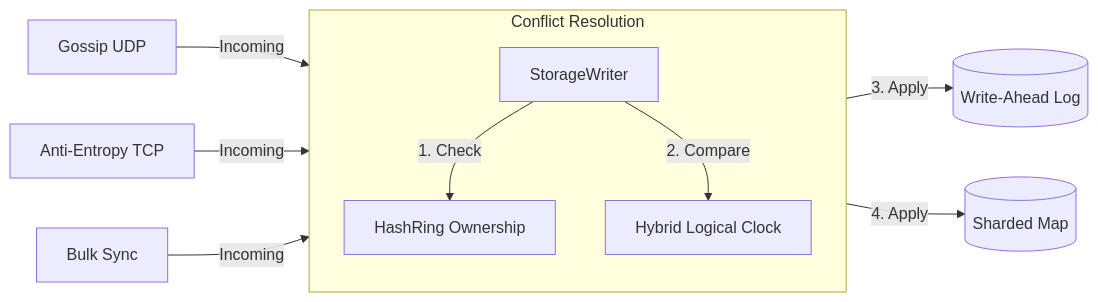
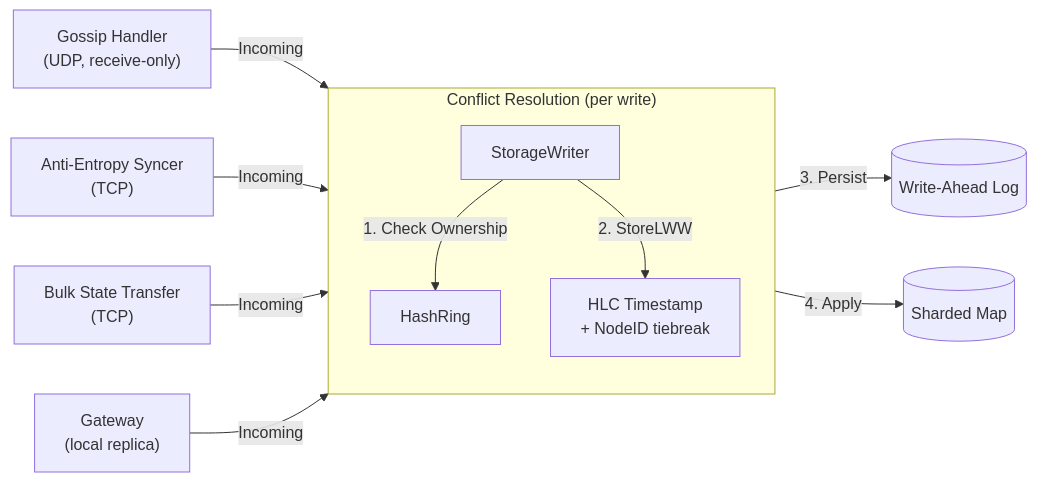
One commit to RoseWrightdev/dkv changed the third of 3 diagrams in README.md. Above: the diagram before and after it, drawn with Mermaid. The commit also changed other lines of this file, not shown here.

````diff
--- a/README.md
+++ b/README.md
@@ -94,15 +106,16 @@
 ```mermaid
 flowchart LR
-    Gossip[Gossip UDP] -->|Incoming| Writer[StorageWriter]
-    Syncer[Anti-Entropy TCP] -->|Incoming| Writer
-    StateTransfer[Bulk Sync] -->|Incoming| Writer
-    
-    subgraph Resolution[Conflict Resolution]
+    Gossip["Gossip Handler\n(UDP, receive-only)"] -->|Incoming| Writer[StorageWriter]
+    Syncer["Anti-Entropy Syncer\n(TCP)"] -->|Incoming| Writer
+    StateTransfer["Bulk State Transfer\n(TCP)"] -->|Incoming| Writer
+    GatewayLocal["Gateway\n(local replica)"] -->|Incoming| Writer
+
+    subgraph Resolution["Conflict Resolution (per write)"]
         direction TB
-        Writer -->|1. Check| Ring[HashRing Ownership]
-        Writer -->|2. Compare| Clock[Hybrid Logical Clock]
+        Writer -->|1. Check Ownership| Ring[HashRing]
+        Writer -->|2. StoreLWW| LWW["HLC Timestamp\n+ NodeID tiebreak"]
     end
-    
-    Writer -->|3. Apply| WAL[(Write-Ahead Log)]
-    Writer -->|4. Apply| ShardedMap[(Sharded Map)]
+
+    Writer -->|3. Persist| WAL[(Write-Ahead Log)]
+    LWW -->|4. Apply| ShardedMap[(Sharded Map)]
 ```
````
